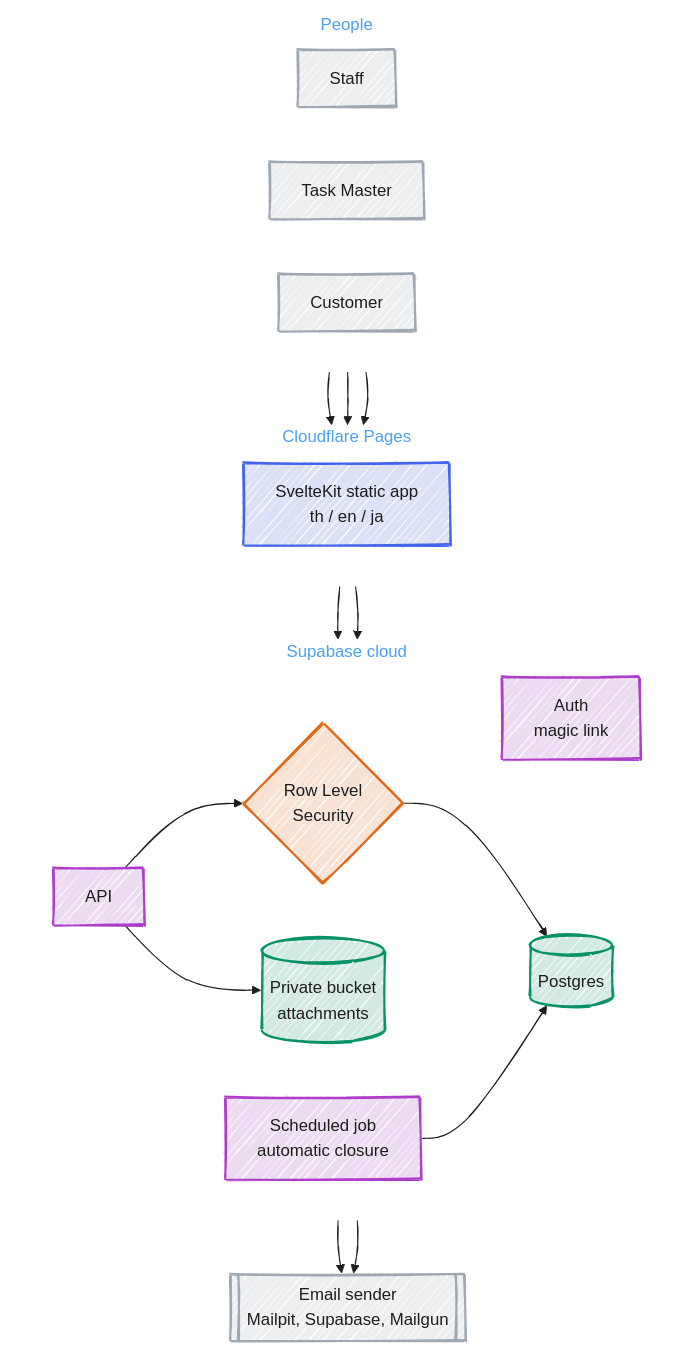
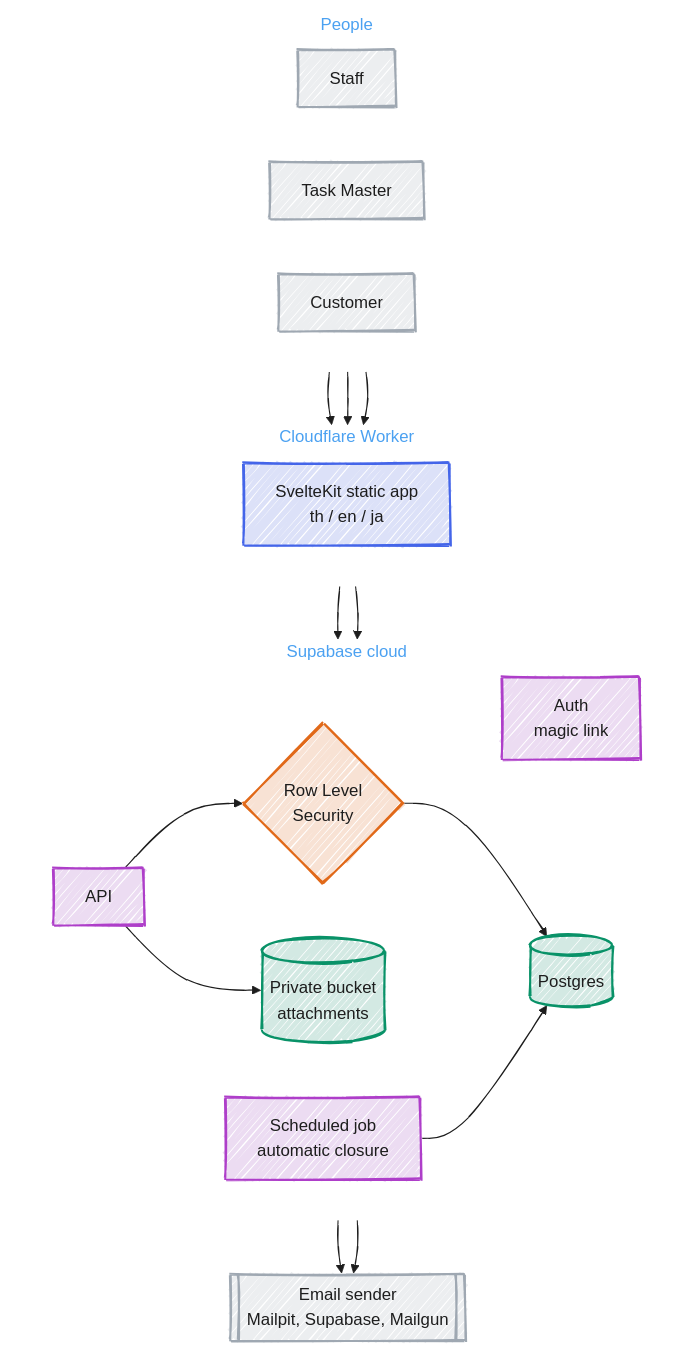
One commit to jedt3d/tasuku changed the fourth of 4 diagrams in docs/diagram/v1-plan.md. Above: the diagram before and after it, drawn with Mermaid. The commit also changed 15 other files, not shown here.

First line of the commit message:
docs(diagram): sync 04 and 07 with the spec, add 08-13

```diff
--- a/docs/diagram/v1-plan.md
+++ b/docs/diagram/v1-plan.md
@@ -428,7 +428,7 @@
     tm["Task Master"]:::grey
     cust["Customer"]:::grey
   end
-  subgraph edge["Cloudflare Pages"]
+  subgraph edge["Cloudflare Worker"]
     direction LR
     spa["SvelteKit static app<br/>th / en / ja"]:::blue
   end
```
